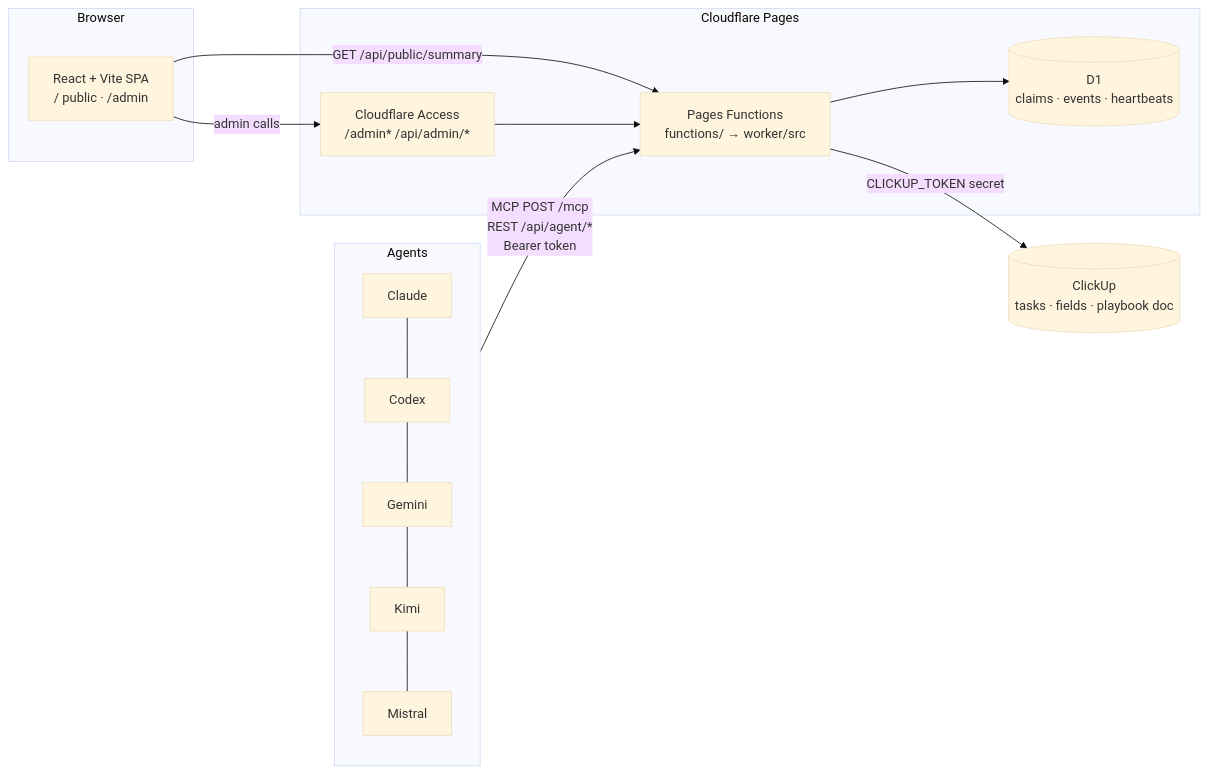
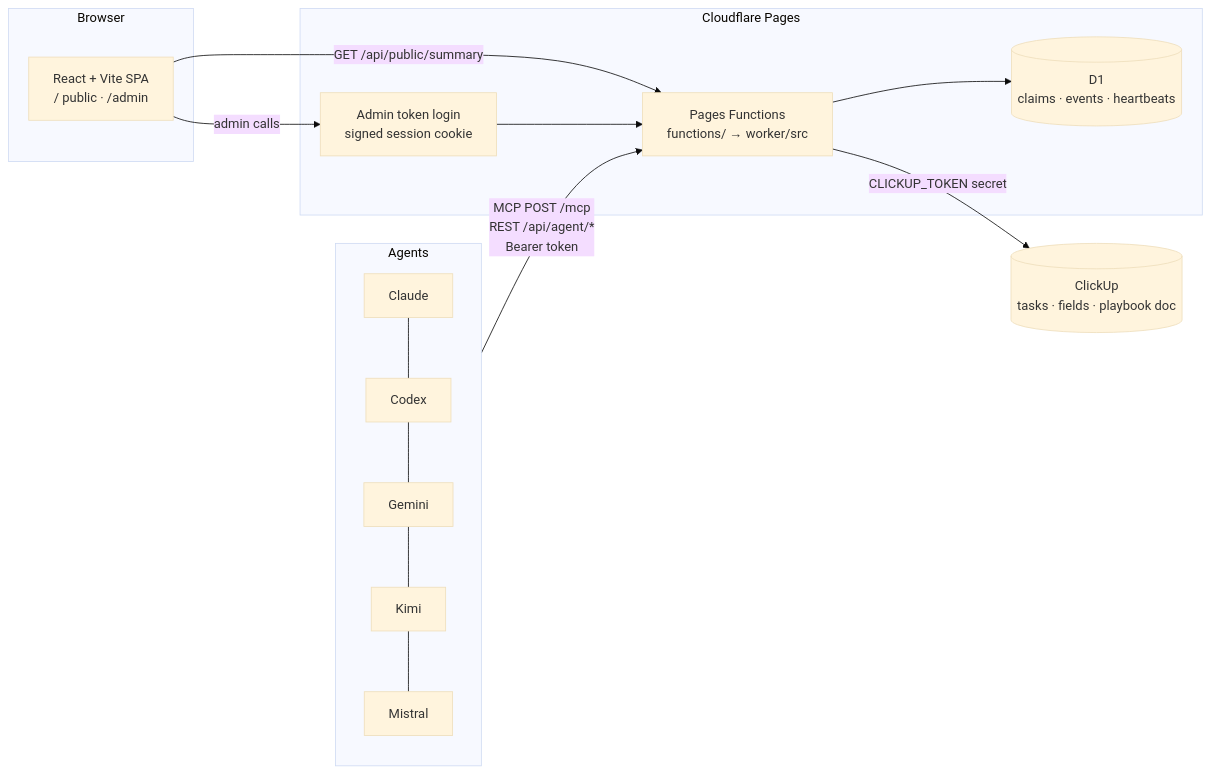
The diagram in docs/ARCHITECTURE.md (prestonzen/job-agent-hub), drawn with Mermaid (base theme) before and after one commit. The commit also changed other lines of this file and 9 other files, not shown here.

First line of the commit message:
feat(admin): token login with signed session cookie instead of Cloudflare Access

````diff
--- a/docs/ARCHITECTURE.md
+++ b/docs/ARCHITECTURE.md
@@ -3,19 +3,19 @@
 ```mermaid
 flowchart LR
   subgraph Browser
     SPA[React + Vite SPA<br/>/ public · /admin]
   end
   subgraph Agents
     C[Claude] --- X[Codex] --- G[Gemini] --- K[Kimi] --- M[Mistral]
   end
   subgraph Cloudflare Pages
     F[Pages Functions<br/>functions/ → worker/src]
-    A[Cloudflare Access<br/>/admin* /api/admin/*]
+    A[Admin token login<br/>signed session cookie]
     D[(D1<br/>claims · events · heartbeats)]
   end
   SPA -->|GET /api/public/summary| F
   SPA -->|admin calls| A --> F
   Agents -->|MCP POST /mcp<br/>REST /api/agent/*<br/>Bearer token| F
   F --> D
   F -->|CLICKUP_TOKEN secret| CU[(ClickUp<br/>tasks · fields · playbook doc)]
 ```
````
